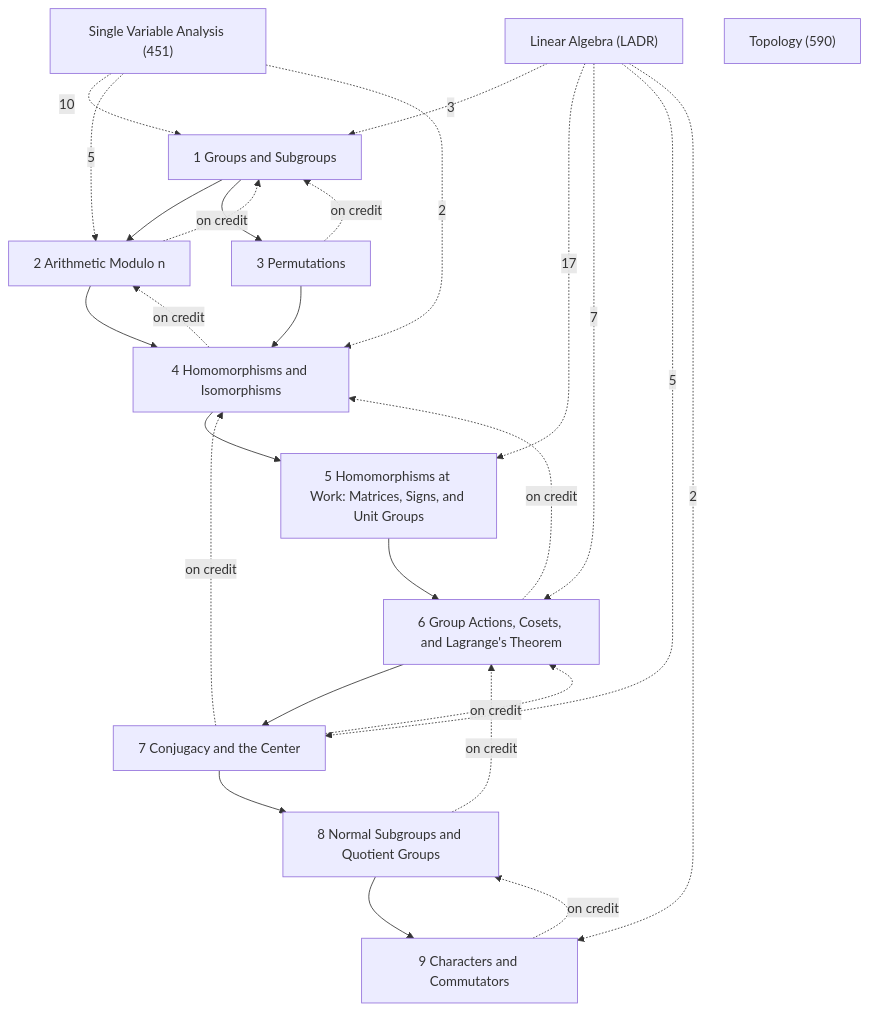
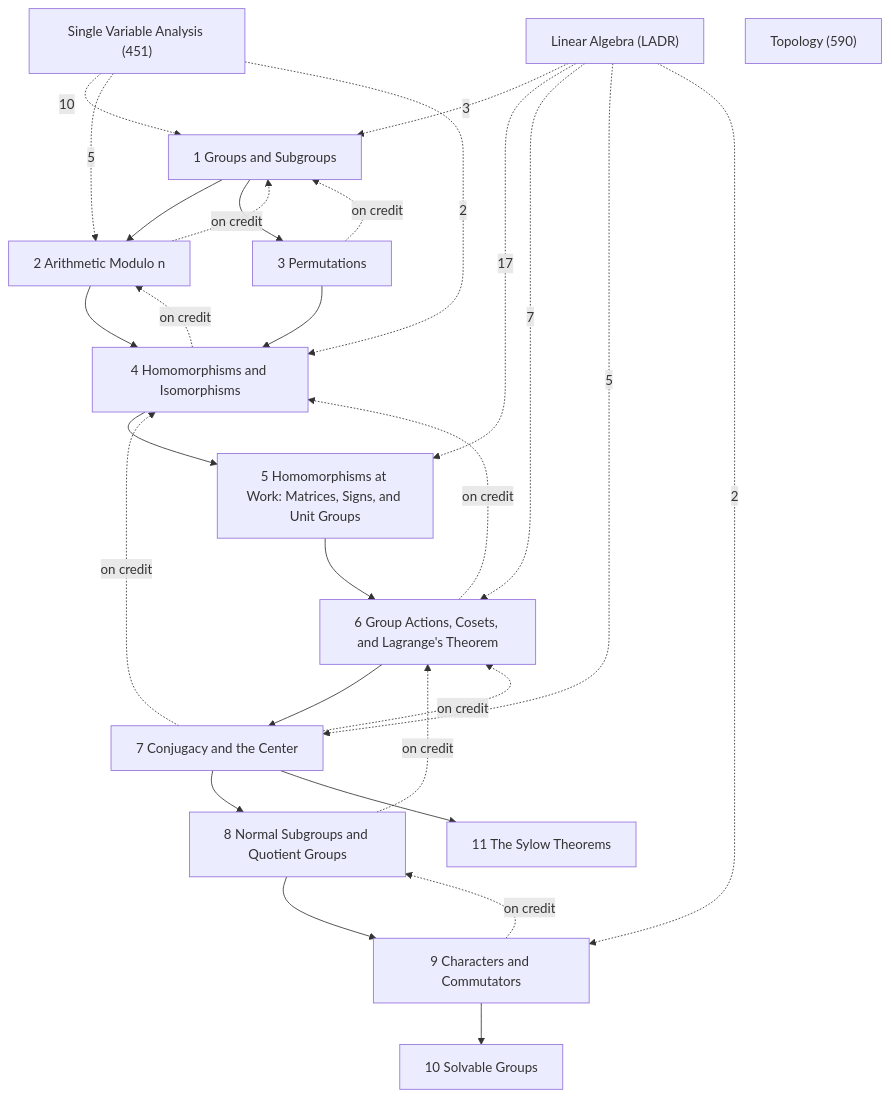
One commit to Onion20040508/notes changed the diagram in Math/Group Theory/Group Theory.md. Above: the diagram before and after it, drawn with Mermaid. The commit also changed other lines of this file and 32 other files, not shown here.

````diff
--- a/Math/Group Theory/Group Theory.md
+++ b/Math/Group Theory/Group Theory.md
@@ -27,40 +27,44 @@
 ```mermaid
 graph TD
   C1["1 Groups and Subgroups"]
   C2["2 Arithmetic Modulo n"]
   C3["3 Permutations"]
   C4["4 Homomorphisms and Isomorphisms"]
   C5["5 Homomorphisms at Work: Matrices, Signs, and Unit Groups"]
   C6["6 Group Actions, Cosets, and Lagrange's Theorem"]
   C7["7 Conjugacy and the Center"]
   C8["8 Normal Subgroups and Quotient Groups"]
   C9["9 Characters and Commutators"]
+  C10["10 Solvable Groups"]
+  C11["11 The Sylow Theorems"]
   X1["Linear Algebra (LADR)"]
   X2["Single Variable Analysis (451)"]
   X3["Topology (590)"]
   C1 --> C2
   C1 --> C3
   C2 --> C4
   C3 --> C4
   C4 --> C5
   C5 --> C6
   C6 --> C7
   C7 --> C8
+  C7 --> C11
   C8 --> C9
+  C9 --> C10
   C2 -.->|on credit| C1
   C3 -.->|on credit| C1
   C4 -.->|on credit| C2
   C6 -.->|on credit| C4
   C7 -.->|on credit| C4
   C7 -.->|on credit| C6
   C8 -.->|on credit| C6
   C9 -.->|on credit| C8
   X1 -.->|3| C1
   X1 -.->|17| C5
   X1 -.->|7| C6
   X1 -.->|5| C7
   X1 -.->|2| C9
   X2 -.->|10| C1
   X2 -.->|5| C2
   X2 -.->|2| C4
 ```
````
